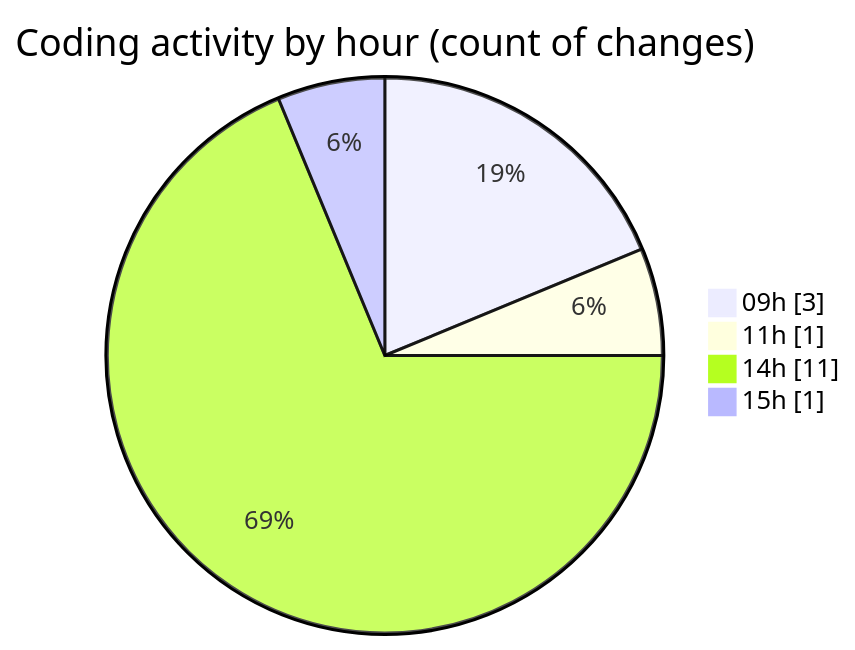
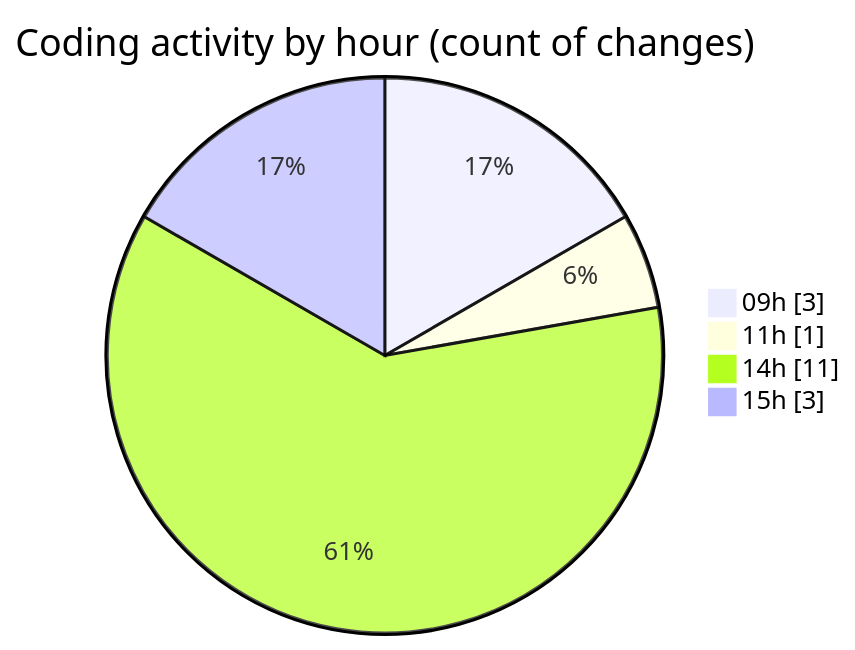
The second of 2 diagrams in 2025-09-25/cda/README.md (momahboobian/code-tracking), drawn with Mermaid before and after one commit. The commit also changed other lines of this file and 1 other file, not shown here.

````diff
--- a/2025-09-25/cda/README.md
+++ b/2025-09-25/cda/README.md
@@ -42,8 +43,8 @@
 ```mermaid
 pie showData
 title Coding activity by hour (count of changes)
 "09h" : 3
 "11h" : 1
 "14h" : 11
-"15h" : 1
+"15h" : 3
 ```
````
